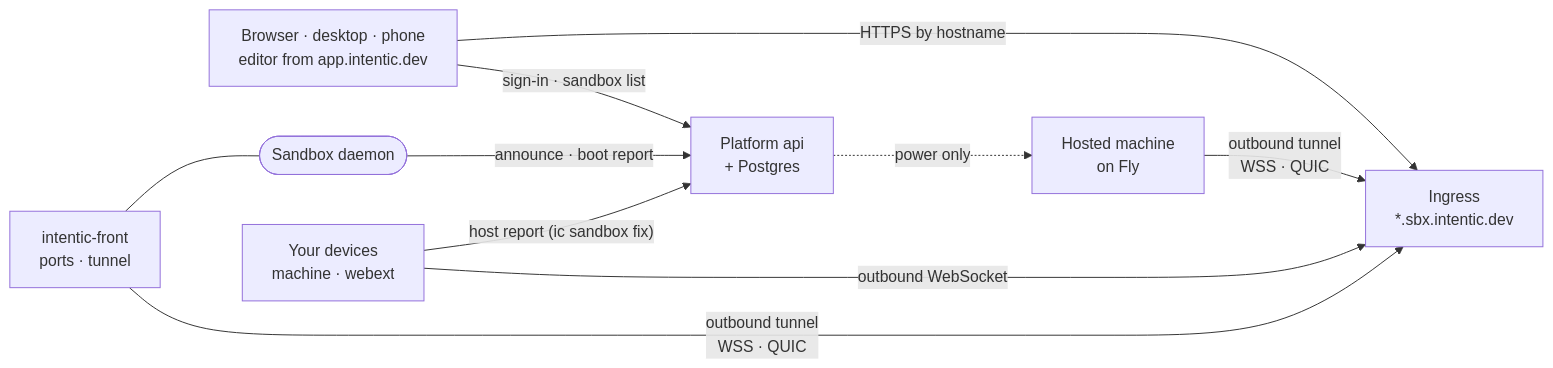
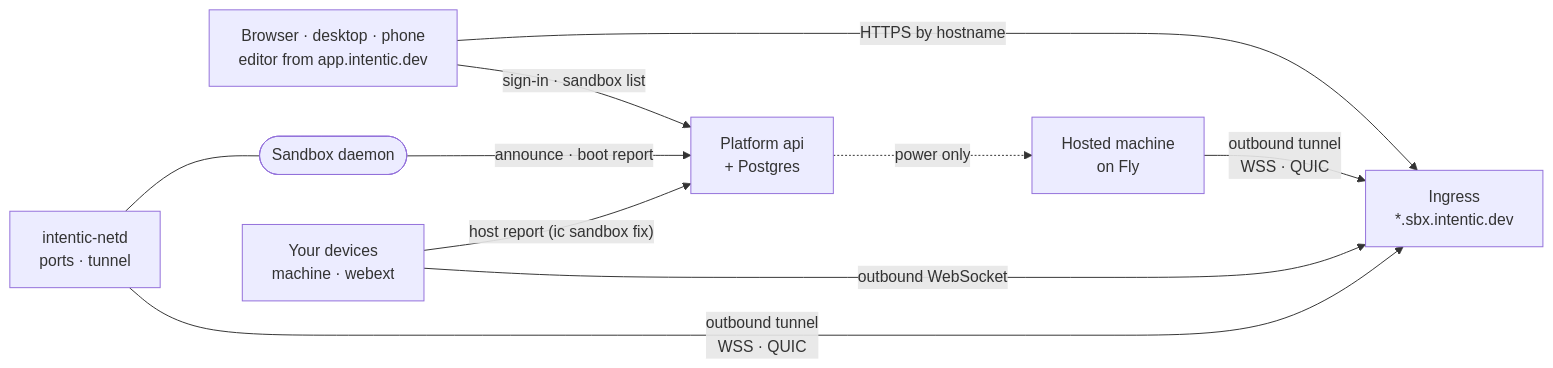
One commit to intentic/intentic changed the diagram in docs/architecture/topology.md. Above: the diagram before and after it, drawn with Mermaid. The commit also changed other lines of this file and 248 other files, not shown here.

First line of the commit message:
feat(sandbox)!: replace front with netd and drop front-wire

````diff
--- a/docs/architecture/topology.md
+++ b/docs/architecture/topology.md
@@ -5,19 +5,19 @@
 ```mermaid
 flowchart LR
     browser["Browser · desktop · phone<br/>editor from app.intentic.dev"]
     api["Platform api<br/>+ Postgres"]
     ingress["Ingress<br/>*.sbx.intentic.dev"]
-    front["intentic-front<br/>ports · tunnel"]
+    netd["intentic-netd<br/>ports · tunnel"]
     daemon(["Sandbox daemon"])
     device["Your devices<br/>machine · webext"]
     fly["Hosted machine<br/>on Fly"]
     browser -->|"sign-in · sandbox list"| api
     browser -->|"HTTPS by hostname"| ingress
-    front -->|"outbound tunnel<br/>WSS · QUIC"| ingress
-    front --- daemon
+    netd -->|"outbound tunnel<br/>WSS · QUIC"| ingress
+    netd --- daemon
     daemon -->|"announce · boot report"| api
     device -->|"outbound WebSocket"| ingress
     device -->|"host report (ic sandbox fix)"| api
     fly -->|"outbound tunnel<br/>WSS · QUIC"| ingress
     api -.->|"power only"| fly
 ```
````
